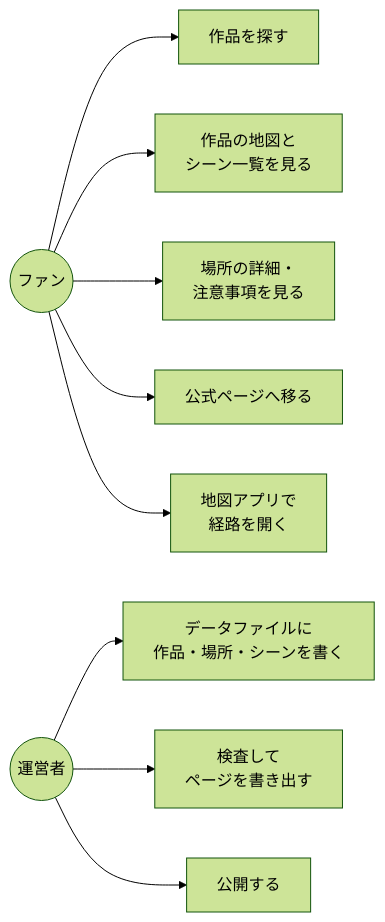
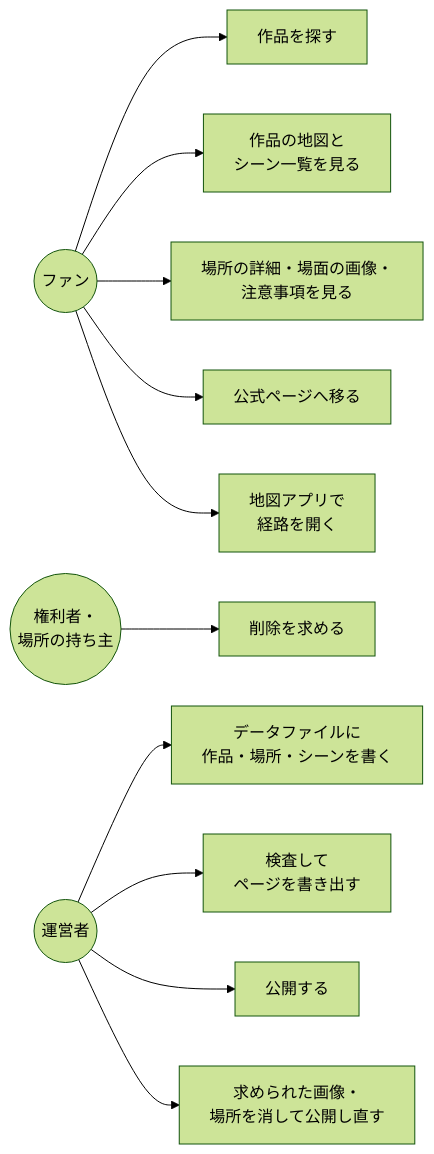
The first of 3 diagrams in docs/spec/01_spec.md (scenetrail/scenetrail.github.io), drawn with Mermaid (forest theme) before and after one commit. The commit also changed other lines of this file and 3 other files, not shown here.

````diff
--- a/docs/spec/01_spec.md
+++ b/docs/spec/01_spec.md
@@ -44,13 +49,16 @@
 ```mermaid
 flowchart LR
   fan((ファン))
+  rh((権利者・<br/>場所の持ち主))
   op((運営者))
   fan --> UC1[作品を探す]
   fan --> UC2[作品の地図と<br/>シーン一覧を見る]
-  fan --> UC3[場所の詳細・<br/>注意事項を見る]
+  fan --> UC3[場所の詳細・場面の画像・<br/>注意事項を見る]
   fan --> UC4[公式ページへ移る]
   fan --> UC5[地図アプリで<br/>経路を開く]
+  rh --> UC9[削除を求める]
   op --> UC6[データファイルに<br/>作品・場所・シーンを書く]
   op --> UC7[検査して<br/>ページを書き出す]
   op --> UC8[公開する]
+  op --> UC10[求められた画像・<br/>場所を消して公開し直す]
 ```
````
